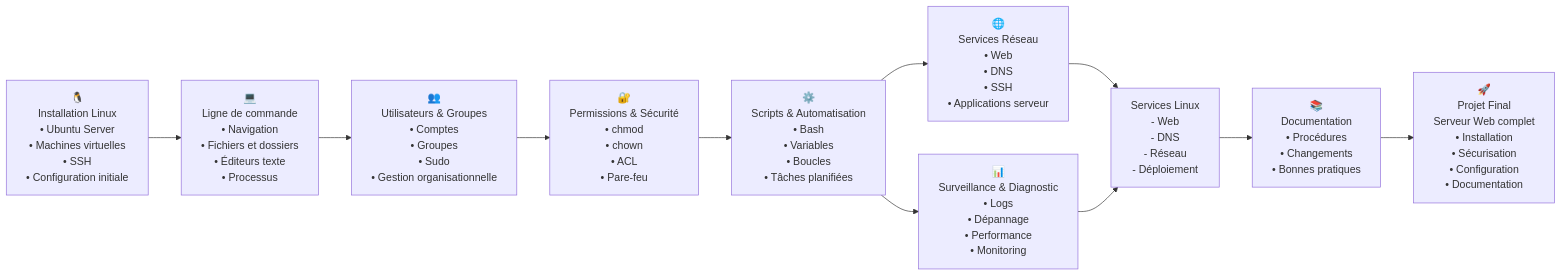
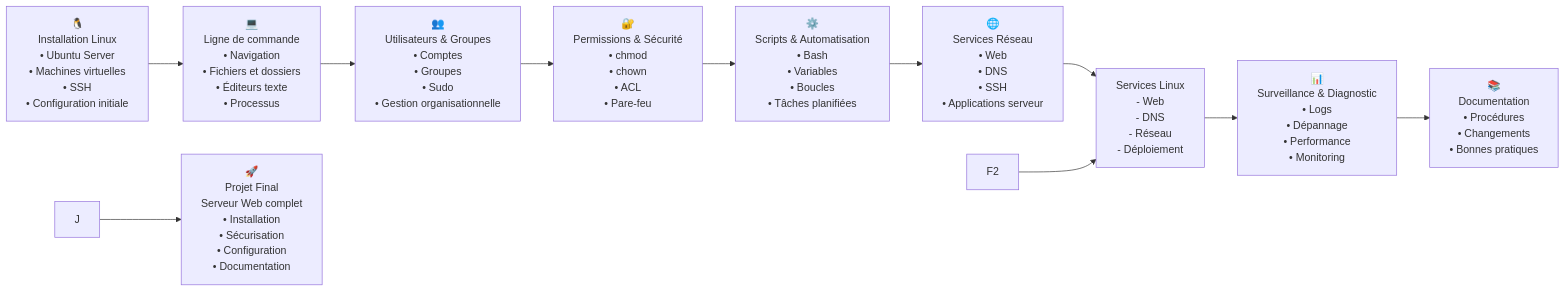
One commit to CollegeBoreal/INF1085-201-26A-04 changed the third of 4 diagrams in 0.PlanDeCours/README.md. Above: the diagram before and after it, drawn with Mermaid.

Commit message:
Update README.md with new project structure

```diff
--- a/0.PlanDeCours/README.md
+++ b/0.PlanDeCours/README.md
@@ -164,7 +164,9 @@
  - Déploiement
 "]
 
-E --> F2["📊
+F2 --> G
+
+G --> H["📊
 Surveillance & Diagnostic
 • Logs
 • Dépannage
@@ -172,16 +174,15 @@
 • Monitoring
 "]
 
-F2 --> G
 
-G --> H["📚
+H --> I["📚
 Documentation
 • Procédures
 • Changements
 • Bonnes pratiques
 "]
 
-H --> I["🚀
+J --> K["🚀
 Projet Final
 Serveur Web complet
 • Installation
```
